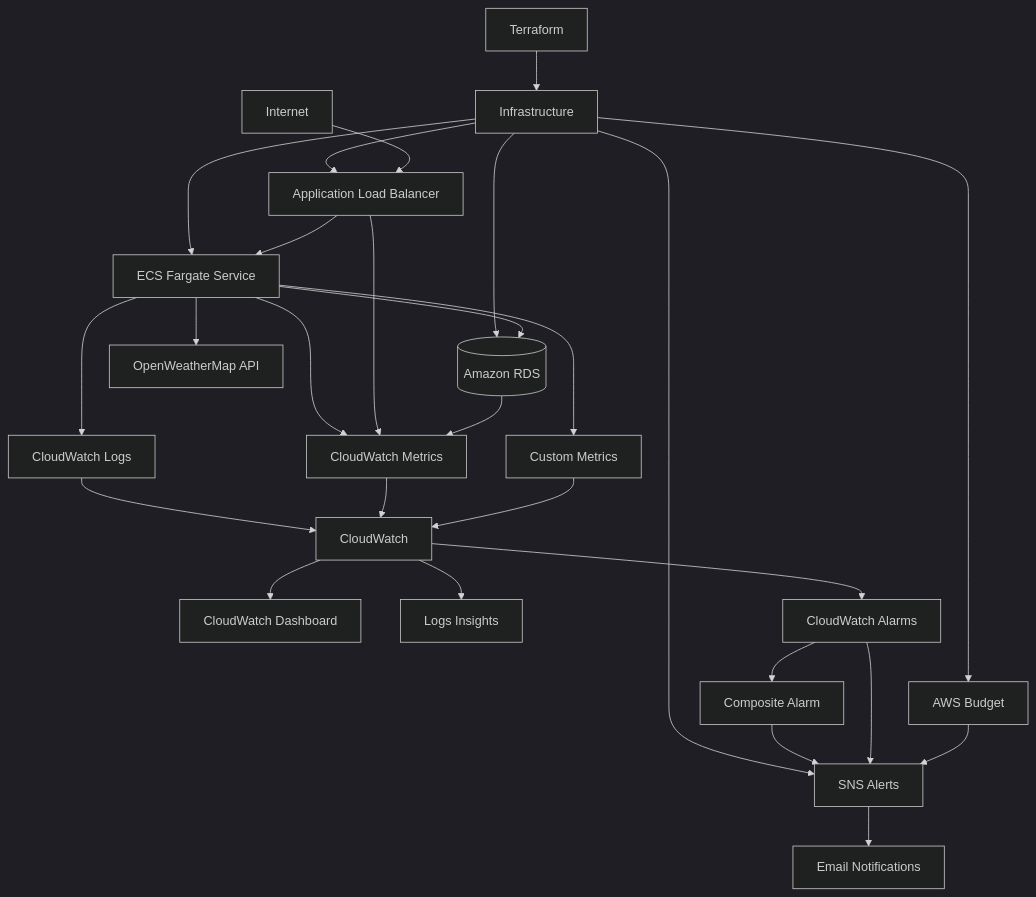
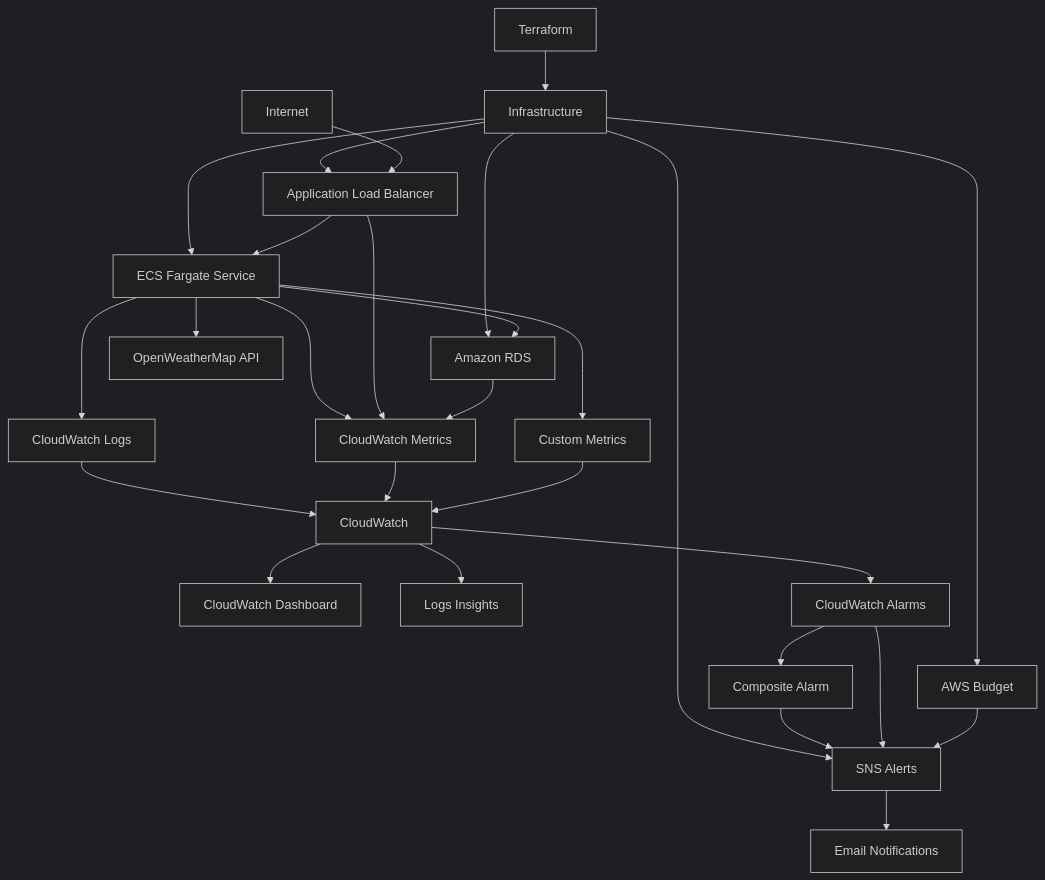
The diagram in README.md (Aboubakr2000Cloud/ecs-weather-platform-with-monitoring), drawn with Mermaid (dark theme) before and after one commit.

Commit message:
modify readme architecture

````diff
--- a/README.md
+++ b/README.md
@@ -86,39 +86,40 @@
 ```mermaid
 flowchart TD
 
 Terraform --> Infrastructure
 
 Infrastructure --> ALB[Application Load Balancer]
 Infrastructure --> ECS[ECS Fargate Service]
-Infrastructure --> RDS[(Amazon RDS)]
+Infrastructure --> RDS[Amazon RDS]
 Infrastructure --> SNS[SNS Alerts]
 Infrastructure --> Budget[AWS Budget]
 
 Internet --> ALB
 ALB --> ECS
+
 ECS --> RDS
 ECS --> OpenWeather[OpenWeatherMap API]
 
 ECS --> Logs[CloudWatch Logs]
 ECS --> Metrics[CloudWatch Metrics]
-ECS --> Custom[Custom Metrics]
+ECS --> CustomMetrics[Custom Metrics]
 
 ALB --> Metrics
 RDS --> Metrics
 
 Logs --> CloudWatch
 Metrics --> CloudWatch
-Custom --> CloudWatch
+CustomMetrics --> CloudWatch
 
 CloudWatch --> Dashboard[CloudWatch Dashboard]
-CloudWatch --> Insights[Logs Insights]
-CloudWatch --> Alarms[CloudWatch Alarms]
+CloudWatch --> LogsInsights[Logs Insights]
+CloudWatch --> CWAlarms[CloudWatch Alarms]
 
-Alarms --> Composite[Composite Alarm]
+CWAlarms --> Composite[Composite Alarm]
 Composite --> SNS
-Alarms --> SNS
+CWAlarms --> SNS
 
 SNS --> Email[Email Notifications]
 
 Budget --> SNS
 ```
````
